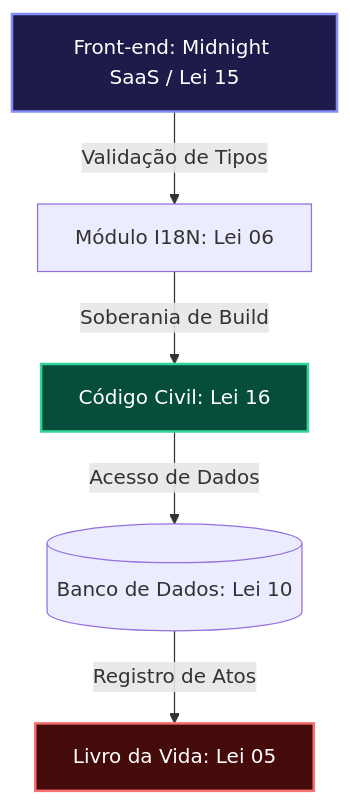
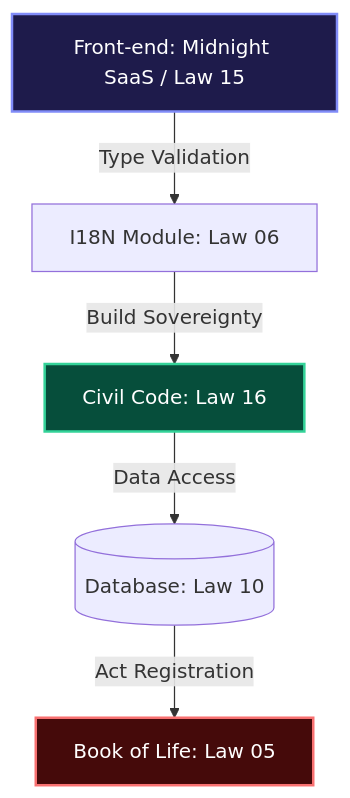
One commit to njfw50/michelstravel1 changed the diagram in BOOK_OF_LIFE.md. Above: the diagram before and after it, drawn with Mermaid. The commit also changed other lines of this file and 6 other files, not shown here.

````diff
--- a/BOOK_OF_LIFE.md
+++ b/BOOK_OF_LIFE.md
@@ -31,11 +31,11 @@
 ```mermaid
 graph TD
-    UI[Front-end: Midnight SaaS / Lei 15] -->|Validação de Tipos| I18N[Módulo I18N: Lei 06]
-    I18N -->|Soberania de Build| INFRA[Código Civil: Lei 16]
-    INFRA -->|Acesso de Dados| DB[(Banco de Dados: Lei 10)]
-    DB -->|Registro de Atos| BOL[Livro da Vida: Lei 05]
+    UI[Front-end: Midnight SaaS / Law 15] -->|Type Validation| I18N[I18N Module: Law 06]
+    I18N -->|Build Sovereignty| INFRA[Civil Code: Law 16]
+    INFRA -->|Data Access| DB[(Database: Law 10)]
+    DB -->|Act Registration| BOL[Book of Life: Law 05]
     
     style UI fill:#1e1b4b,stroke:#818cf8,stroke-width:2px,color:#fff
     style BOL fill:#450a0a,stroke:#f87171,stroke-width:2px,color:#fff
     style INFRA fill:#064e3b,stroke:#34d399,stroke-width:2px,color:#fff
 ```
````
